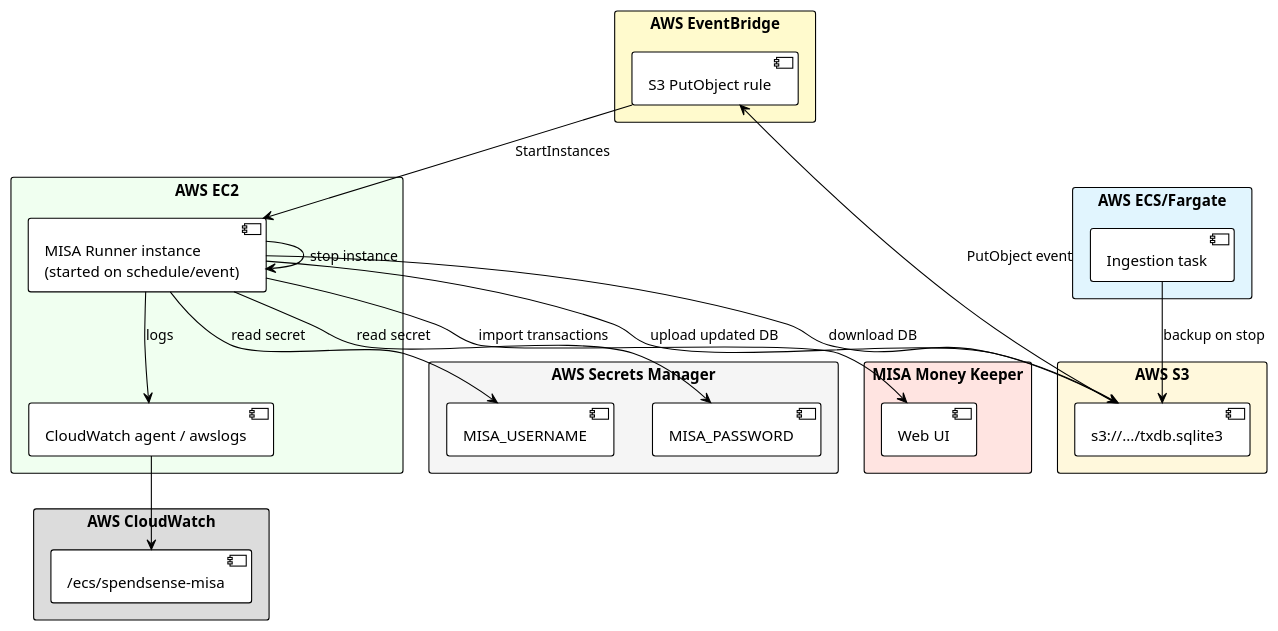
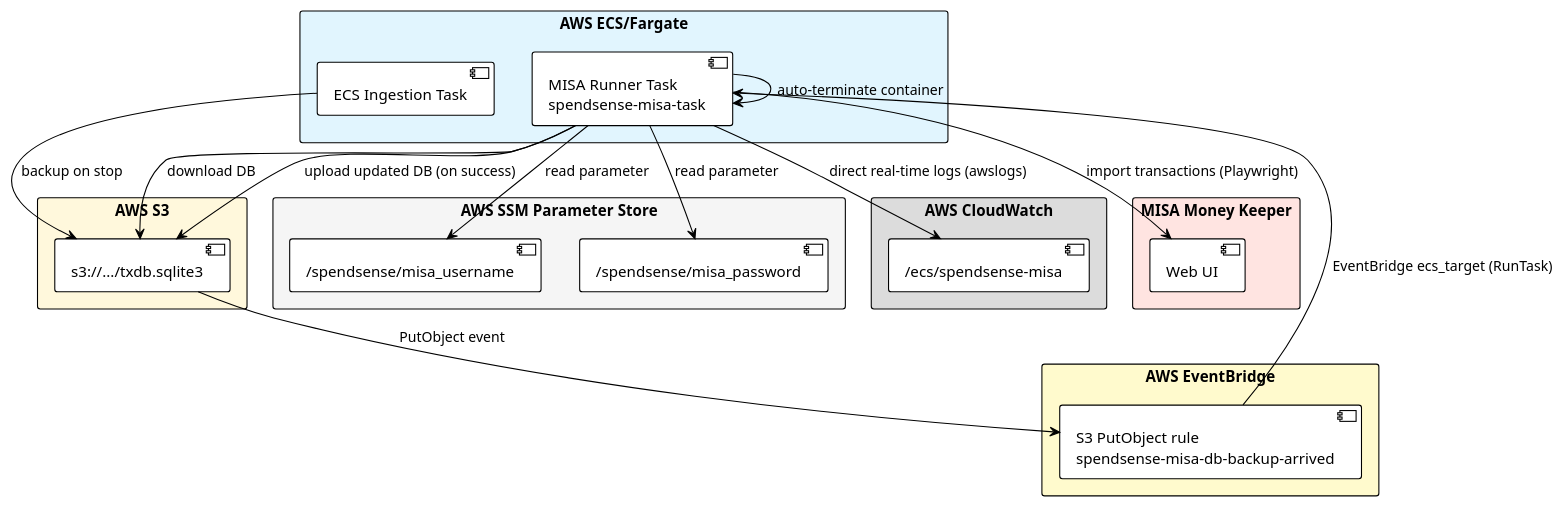
The diagram in ai/update_misa_implementation/misa_deployment_design.md (PhanCuong91/SpendSense), drawn with PlantUML before and after one commit. The commit also changed other lines of this file and 28 other files, not shown here.

Commit message:
docs: convert MISA runner architecture from EC2 to ECS Fargate task with direct CloudWatch logging

````diff
--- a/ai/update_misa_implementation/misa_deployment_design.md
+++ b/ai/update_misa_implementation/misa_deployment_design.md
@@ -36,49 +35,44 @@
 ```plantuml
 @startuml MISA_Deployment_Architecture
 !theme plain
 skinparam packageStyle rectangle
 
 package "AWS ECS/Fargate" #E1F5FE {
-    [Ingestion task] as ECS
+    [ECS Ingestion Task] as ECS_APP
+    [MISA Runner Task\nspendsense-misa-task] as MISA_TASK
 }
 
 package "AWS S3" #FFF8DC {
     [s3://.../txdb.sqlite3] as S3DB
 }
 
 package "AWS EventBridge" #FFFACD {
-    [S3 PutObject rule] as S3Rule
+    [S3 PutObject rule\nspendsense-misa-db-backup-arrived] as S3Rule
 }
 
-package "AWS EC2" #F0FFF0 {
-    [MISA Runner instance\n(started on schedule/event)] as EC2
-    [CloudWatch agent / awslogs] as Logs
-}
-
-package "AWS Secrets Manager" #F5F5F5 {
-    [MISA_USERNAME] as USER
-    [MISA_PASSWORD] as PASS
+package "AWS SSM Parameter Store" #F5F5F5 {
+    [/spendsense/misa_username] as USER
+    [/spendsense/misa_password] as PASS
 }
 
 package "AWS CloudWatch" #DCDCDC {
     [/ecs/spendsense-misa] as CW
 }
 
 package "MISA Money Keeper" #FFE4E1 {
     [Web UI] as MISA
 }
 
-ECS --> S3DB : backup on stop
+ECS_APP --> S3DB : backup on stop
 S3DB --> S3Rule : PutObject event
-S3Rule --> EC2 : StartInstances
-EC2 --> S3DB : download DB
-EC2 --> USER : read secret
-EC2 --> PASS : read secret
-EC2 --> MISA : import transactions
-EC2 --> S3DB : upload updated DB
-EC2 --> Logs : logs
-Logs --> CW
-EC2 --> EC2 : stop instance
+S3Rule --> MISA_TASK : EventBridge ecs_target (RunTask)
+MISA_TASK --> S3DB : download DB
+MISA_TASK --> USER : read parameter
+MISA_TASK --> PASS : read parameter
+MISA_TASK --> MISA : import transactions (Playwright)
+MISA_TASK --> S3DB : upload updated DB (on success)
+MISA_TASK --> CW : direct real-time logs (awslogs)
+MISA_TASK --> MISA_TASK : auto-terminate container
 
 @enduml
 ```
````
